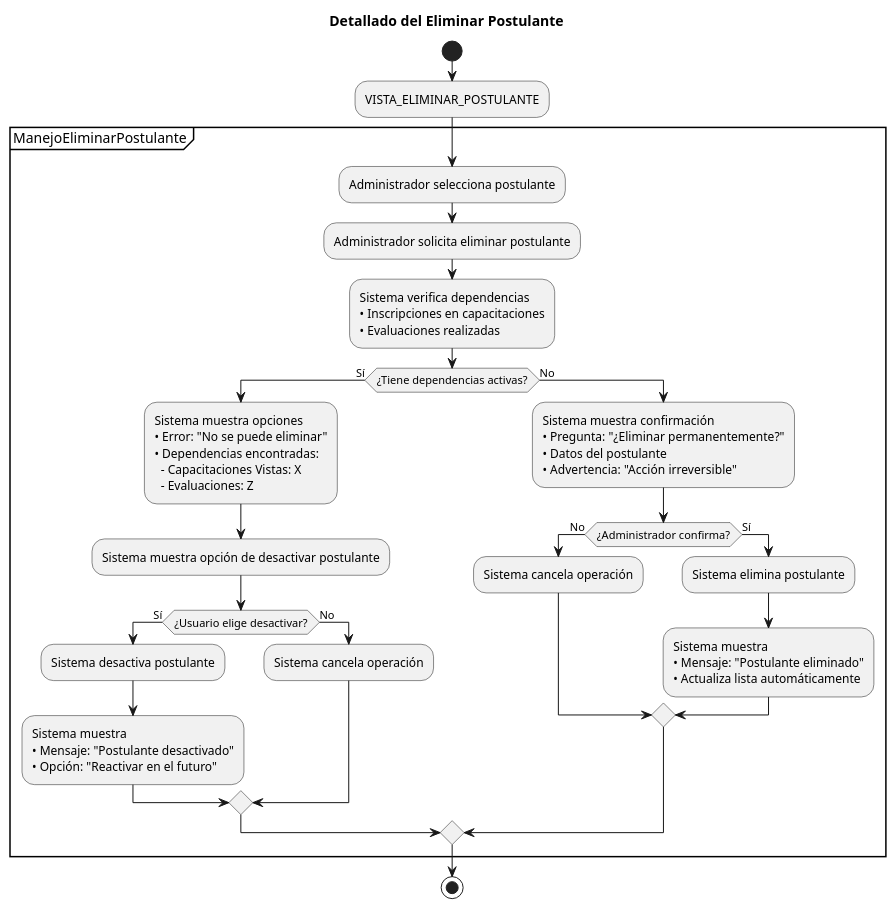
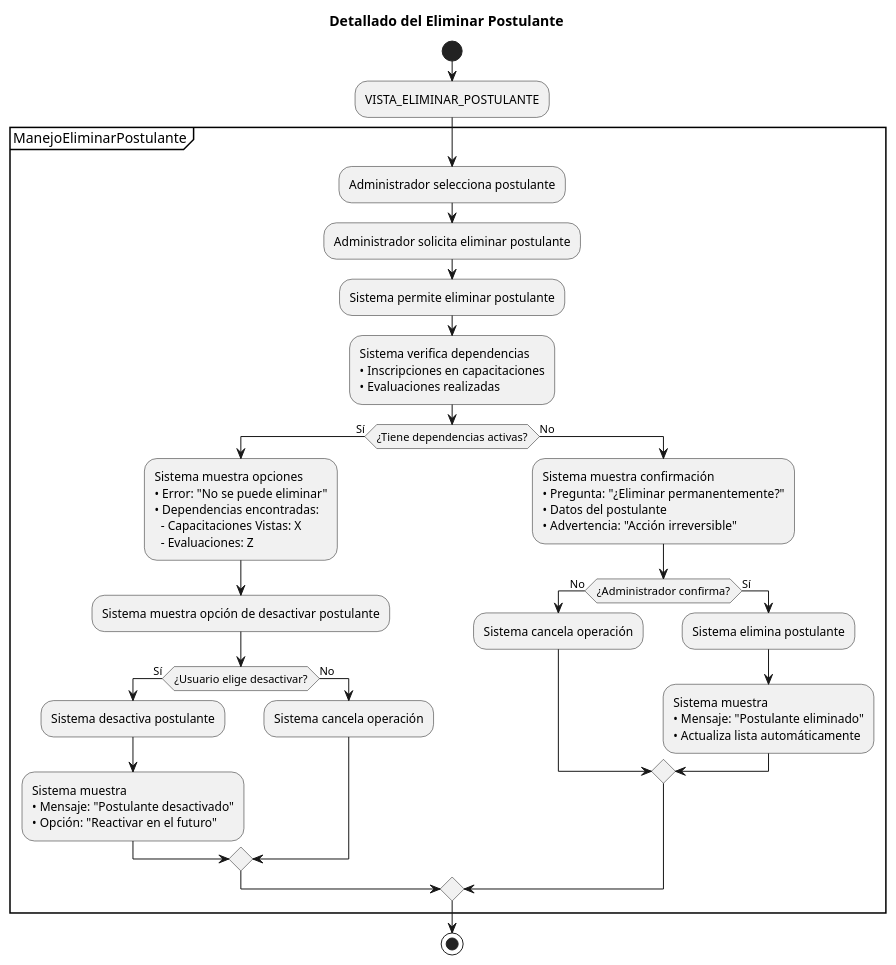
The diagram in casos_de_uso/diagramas_casos_de_uso_detallados/eliminar_postulante.puml (Dievex/24-25-IdSw1-SDR), drawn with PlantUML before and after one commit. The commit also changed 9 other files, not shown here.

Commit message:
docs(use-case-diagrams): add system permission steps to detailed use case diagrams

```diff
--- a/casos_de_uso/diagramas_casos_de_uso_detallados/eliminar_postulante.puml
+++ b/casos_de_uso/diagramas_casos_de_uso_detallados/eliminar_postulante.puml
@@ -1,63 +1,65 @@
 @startuml
 title Detallado del Eliminar Postulante
 
 start
 
 :VISTA_ELIMINAR_POSTULANTE;
 
 partition ManejoEliminarPostulante {
   
   :Administrador selecciona postulante;
   :Administrador solicita eliminar postulante;
+  
+  :Sistema permite eliminar postulante;
   
   :Sistema verifica dependencias
   • Inscripciones en capacitaciones
   • Evaluaciones realizadas;
 
   
   if (¿Tiene dependencias activas?) then (Sí)
     :Sistema muestra opciones
     • Error: "No se puede eliminar"
     • Dependencias encontradas:
       - Capacitaciones Vistas: X
       - Evaluaciones: Z;
 
     :Sistema muestra opción de desactivar postulante;
     
     if (¿Usuario elige desactivar?) then (Sí)
       :Sistema desactiva postulante;
       
       :Sistema muestra
       • Mensaje: "Postulante desactivado"
       • Opción: "Reactivar en el futuro";
       
     else (No)
       :Sistema cancela operación;
       
     endif
     
   else (No)
     :Sistema muestra confirmación
     • Pregunta: "¿Eliminar permanentemente?"
     • Datos del postulante
     • Advertencia: "Acción irreversible";
     
     if (¿Administrador confirma?) then (No)
       :Sistema cancela operación;
       
     else (Sí)
       :Sistema elimina postulante;
     
       
       :Sistema muestra
       • Mensaje: "Postulante eliminado"
       • Actualiza lista automáticamente;
       
     endif
     
   endif
   
 }
 
 stop
 @enduml
```
